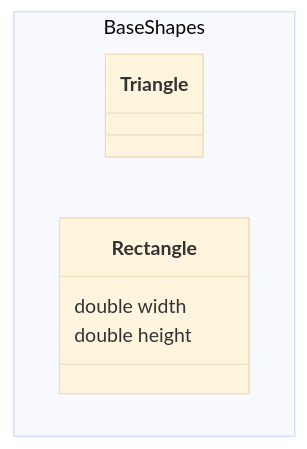
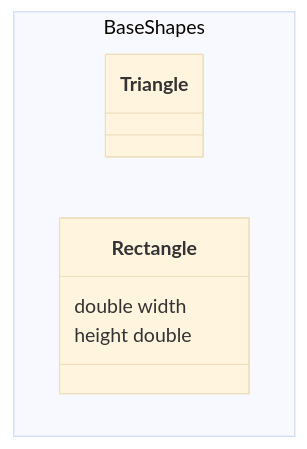
One commit to mermaid-js/mermaid changed diagram 14 of 25 in docs/syntax/classDiagram.md. Above: the diagram before and after it, drawn with Mermaid (base theme). The commit also changed other lines of this file, not shown here.

````diff
--- a/docs/syntax/classDiagram.md
+++ b/docs/syntax/classDiagram.md
@@ -441,10 +443,10 @@
 ```mermaid
 classDiagram
 namespace BaseShapes {
     class Triangle
     class Rectangle {
       double width
-      double height
+      height double
     }
 }
 ```
````
